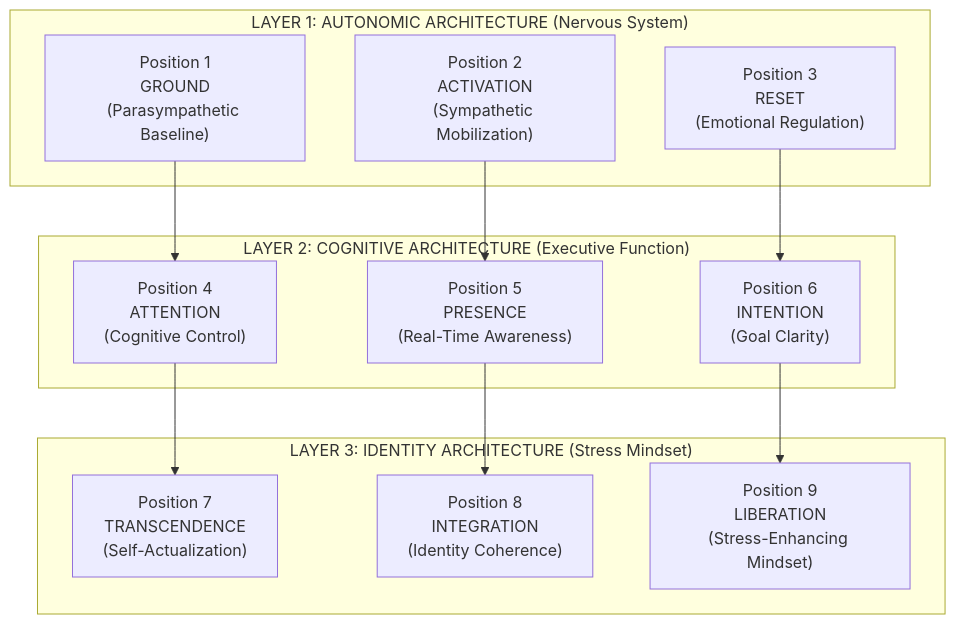
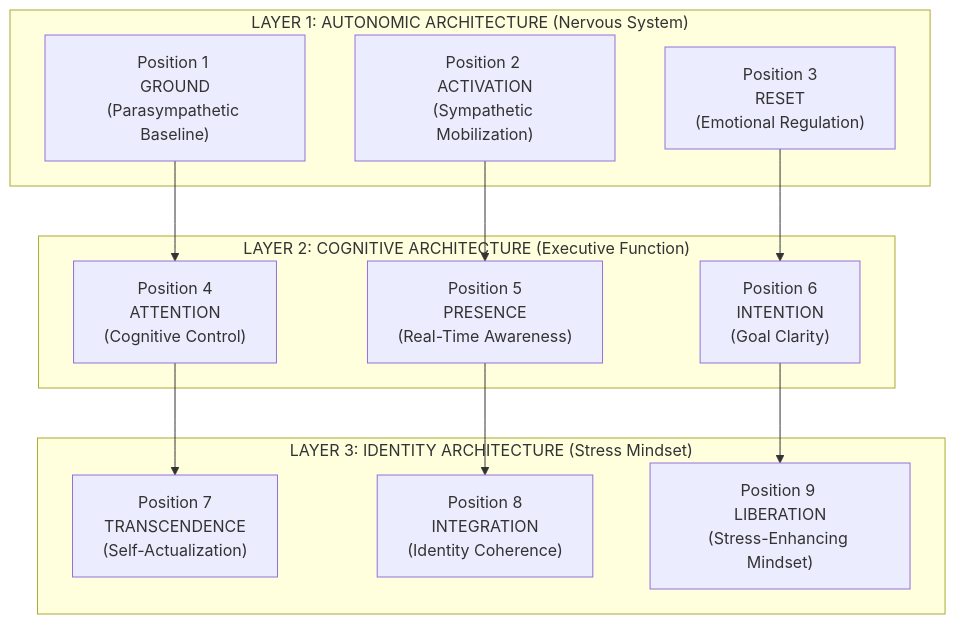
The first of 11 diagrams in docs/elevation-grid/elevation-grid-visualizations.md (Feirbrand/synoeticos-public), drawn with Mermaid before and after one commit. The commit also changed other lines of this file and 10 other files, not shown here.

```diff
--- a/docs/elevation-grid/elevation-grid-visualizations.md
+++ b/docs/elevation-grid/elevation-grid-visualizations.md
@@ -10,27 +10,27 @@
 <div class="mermaid">
 graph TD
     subgraph Layer3["LAYER 3: IDENTITY ARCHITECTURE (Stress Mindset)"]
-        P7["Position 7<br/>TRANSCENDENCE<br/>(Self-Actualization)"]
-        P8["Position 8<br/>INTEGRATION<br/>(Identity Coherence)"]
-        P9["Position 9<br/>LIBERATION<br/>(Stress-Enhancing Mindset)"]
+        P7["Position 7 <br/>TRANSCENDENCE<br/>(Self-Actualization)"]
+        P8["Position 8 <br/>INTEGRATION<br/>(Identity Coherence)"]
+        P9["Position 9 <br/>LIBERATION<br/>(Stress-Enhancing Mindset)"]
     end
     
     subgraph Layer2["LAYER 2: COGNITIVE ARCHITECTURE (Executive Function)"]
-        P4["Position 4<br/>ATTENTION<br/>(Cognitive Control)"]
-        P5["Position 5<br/>PRESENCE<br/>(Real-Time Awareness)"]
-        P6["Position 6<br/>INTENTION<br/>(Goal Clarity)"]
+        P4["Position 4 <br/>ATTENTION<br/>(Cognitive Control)"]
+        P5["Position 5 <br/>PRESENCE<br/>(Real-Time Awareness)"]
+        P6["Position 6 <br/>INTENTION<br/>(Goal Clarity)"]
     end
     
     subgraph Layer1["LAYER 1: AUTONOMIC ARCHITECTURE (Nervous System)"]
-        P1["Position 1<br/>GROUND<br/>(Parasympathetic Baseline)"]
-        P2["Position 2<br/>ACTIVATION<br/>(Sympathetic Mobilization)"]
-        P3["Position 3<br/>RESET<br/>(Emotional Regulation)"]
+        P1["Position 1 <br/>GROUND<br/>(Parasympathetic Baseline)"]
+        P2["Position 2 <br/>ACTIVATION<br/>(Sympathetic Mobilization)"]
+        P3["Position 3 <br/>RESET<br/>(Emotional Regulation)"]
     end
     
     P1 --> P4
     P2 --> P5
     P3 --> P6
     P4 --> P7
     P5 --> P8
     P6 --> P9
 </div>
```
